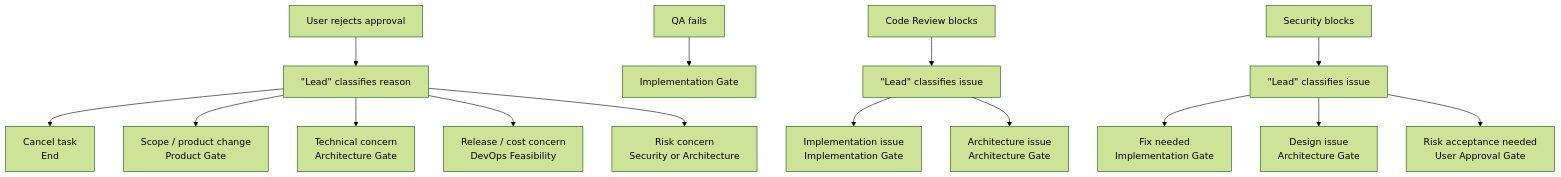
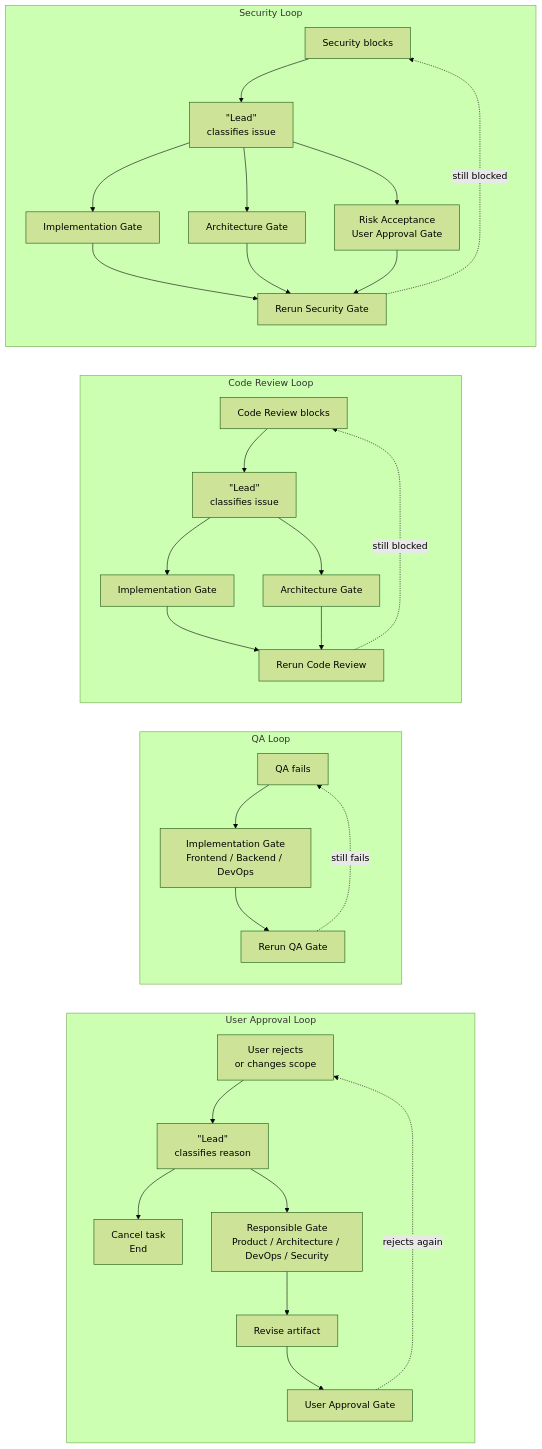
One commit to ty-testty/Agents-team changed the third of 3 diagrams in ARCHITECTURE.md. Above: the diagram before and after it, drawn with Mermaid (forest theme). The commit also changed other lines of this file and 15 other files, not shown here.

````diff
--- a/ARCHITECTURE.md
+++ b/ARCHITECTURE.md
@@ -99,21 +99,37 @@
 ```mermaid
-flowchart TB
-    REJ["User rejects approval"] --> LEAD["&quot;Lead&quot; classifies reason"]
+flowchart LR
+    subgraph UserLoop["User Approval Loop"]
+        UFAIL["User rejects<br/>or changes scope"] --> ULEAD["&quot;Lead&quot;<br/>classifies reason"]
+        ULEAD --> UCANCEL["Cancel task<br/>End"]
+        ULEAD --> UOWNER["Responsible Gate<br/>Product / Architecture / DevOps / Security"]
+        UOWNER --> UREWORK["Revise artifact"]
+        UREWORK --> UAPPROVAL["User Approval Gate"]
+        UAPPROVAL -. rejects again .-> UFAIL
+    end
 
-    LEAD --> CANCEL["Cancel task<br/>End"]
-    LEAD --> SCOPE["Scope / product change<br/>Product Gate"]
-    LEAD --> TECH["Technical concern<br/>Architecture Gate"]
-    LEAD --> REL["Release / cost concern<br/>DevOps Feasibility"]
-    LEAD --> RISK["Risk concern<br/>Security or Architecture"]
+    subgraph QALoop["QA Loop"]
+        QAFAIL["QA fails"] --> QAFIX["Implementation Gate<br/>Frontend / Backend / DevOps"]
+        QAFIX --> QARERUN["Rerun QA Gate"]
+        QARERUN -. still fails .-> QAFAIL
+    end
 
-    QAFAIL["QA fails"] --> IMPL["Implementation Gate"]
+    subgraph ReviewLoop["Code Review Loop"]
+        CRBLOCK["Code Review blocks"] --> CRLEAD["&quot;Lead&quot;<br/>classifies issue"]
+        CRLEAD --> CRFIX["Implementation Gate"]
+        CRLEAD --> CRARCH["Architecture Gate"]
+        CRFIX --> CRRERUN["Rerun Code Review"]
+        CRARCH --> CRRERUN
+        CRRERUN -. still blocked .-> CRBLOCK
+    end
 
-    CRBLOCK["Code Review blocks"] --> CRWHY["&quot;Lead&quot; classifies issue"]
-    CRWHY --> IMPLISSUE["Implementation issue<br/>Implementation Gate"]
-    CRWHY --> ARCHISSUE["Architecture issue<br/>Architecture Gate"]
-
-    SECBLOCK["Security blocks"] --> SECWHY["&quot;Lead&quot; classifies issue"]
-    SECWHY --> FIX["Fix needed<br/>Implementation Gate"]
-    SECWHY --> DESIGN["Design issue<br/>Architecture Gate"]
-    SECWHY --> ACCEPT["Risk acceptance needed<br/>User Approval Gate"]
+    subgraph SecurityLoop["Security Loop"]
+        SECBLOCK["Security blocks"] --> SECLEAD["&quot;Lead&quot;<br/>classifies issue"]
+        SECLEAD --> SECFIX["Implementation Gate"]
+        SECLEAD --> SECARCH["Architecture Gate"]
+        SECLEAD --> SECRISK["Risk Acceptance<br/>User Approval Gate"]
+        SECFIX --> SECRERUN["Rerun Security Gate"]
+        SECARCH --> SECRERUN
+        SECRISK --> SECRERUN
+        SECRERUN -. still blocked .-> SECBLOCK
+    end
 ```
````
